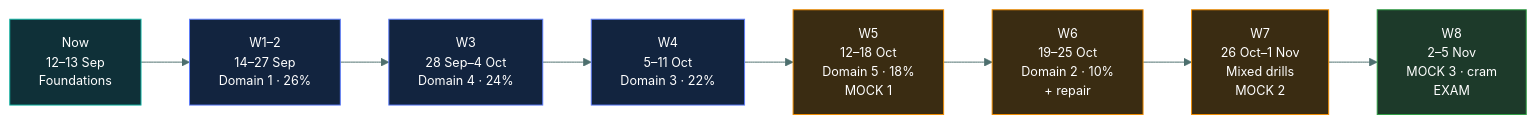
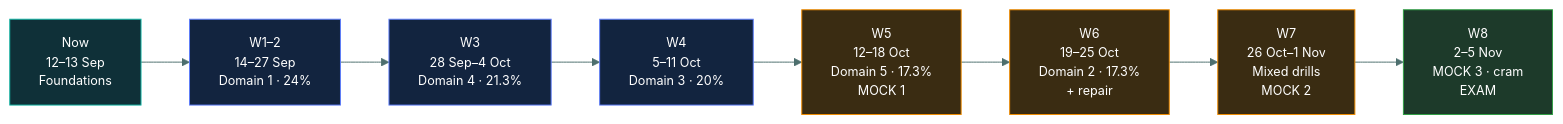
The diagram in 00-foundations/study-schedule/README.md (tarunTejaDesireddy/cc-exam-prep), drawn with Mermaid before and after one commit. The commit also changed other lines of this file and 3 other files, not shown here.

First line of the commit message:
Rewrite foundations for the live outline (eff. 1 Sep 2026): CAT mechanics, new domain weights

````diff
--- a/00-foundations/study-schedule/README.md
+++ b/00-foundations/study-schedule/README.md
@@ -50,20 +48,20 @@
 ```mermaid
 %%{init: {'theme':'base','themeVariables':{'fontSize':'13px','lineColor':'#4d6f6e','textColor':'#dbe7e6'}}}%%
 flowchart LR
-    W0["Now<br/>12–13 Sep<br/>Foundations"] --> W1["W1–2<br/>14–27 Sep<br/>Domain 1 · 26%"]
-    W1 --> W3["W3<br/>28 Sep–4 Oct<br/>Domain 4 · 24%"]
-    W3 --> W4["W4<br/>5–11 Oct<br/>Domain 3 · 22%"]
-    W4 --> W5["W5<br/>12–18 Oct<br/>Domain 5 · 18%<br/>MOCK 1"]
-    W5 --> W6["W6<br/>19–25 Oct<br/>Domain 2 · 10%<br/>+ repair"]
+    W0["Now<br/>12–13 Sep<br/>Foundations"] --> W1["W1–2<br/>14–27 Sep<br/>Domain 1 · 24%"]
+    W1 --> W3["W3<br/>28 Sep–4 Oct<br/>Domain 4 · 21.3%"]
+    W3 --> W4["W4<br/>5–11 Oct<br/>Domain 3 · 20%"]
+    W4 --> W5["W5<br/>12–18 Oct<br/>Domain 5 · 17.3%<br/>MOCK 1"]
+    W5 --> W6["W6<br/>19–25 Oct<br/>Domain 2 · 17.3%<br/>+ repair"]
     W6 --> W7["W7<br/>26 Oct–1 Nov<br/>Mixed drills<br/>MOCK 2"]
     W7 --> W8["W8<br/>2–5 Nov<br/>MOCK 3 · cram<br/>EXAM"]
 
     style W0 fill:#0f3038,stroke:#12B5A5,color:#fff
     style W1 fill:#12243f,stroke:#5C7CFA,color:#fff
     style W3 fill:#12243f,stroke:#5C7CFA,color:#fff
     style W4 fill:#12243f,stroke:#5C7CFA,color:#fff
     style W5 fill:#3a2c12,stroke:#F08C00,color:#fff
     style W6 fill:#3a2c12,stroke:#F08C00,color:#fff
     style W7 fill:#3a2c12,stroke:#F08C00,color:#fff
     style W8 fill:#1d3a2a,stroke:#2F9E44,color:#fff
 ```
````
